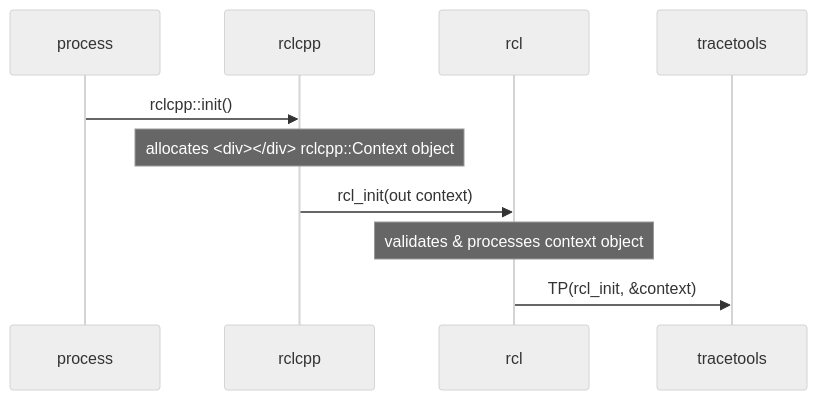
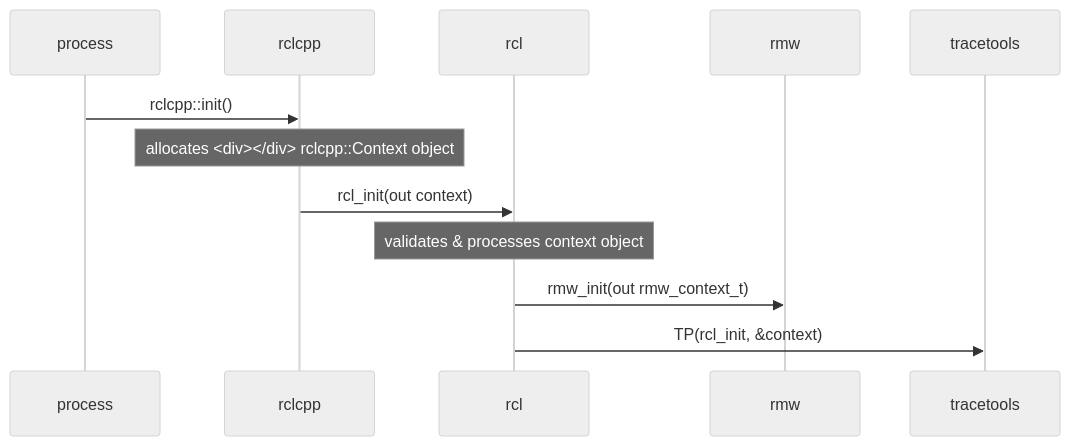
One commit to ros2/ros2_tracing changed the first of 7 diagrams in doc/design_ros_2.md. Above: the diagram before and after it, drawn with Mermaid (neutral theme). The commit also changed other lines of this file, not shown here.

Commit message:
Add more details about rmw

````diff
--- a/doc/design_ros_2.md
+++ b/doc/design_ros_2.md
@@ -23,14 +23,16 @@
 ```mermaid
 sequenceDiagram
     participant process
     participant rclcpp
     participant rcl
+    participant rmw
     participant tracetools
 
     process->>rclcpp: rclcpp::init()
     Note over rclcpp: allocates <div></div> rclcpp::Context object
     rclcpp->>rcl: rcl_init(out context)
     Note over rcl: validates & processes context object
+    rcl->>rmw: rmw_init(out rmw_context_t)
 
     rcl->>tracetools: TP(rcl_init, &context)
 ```
````
